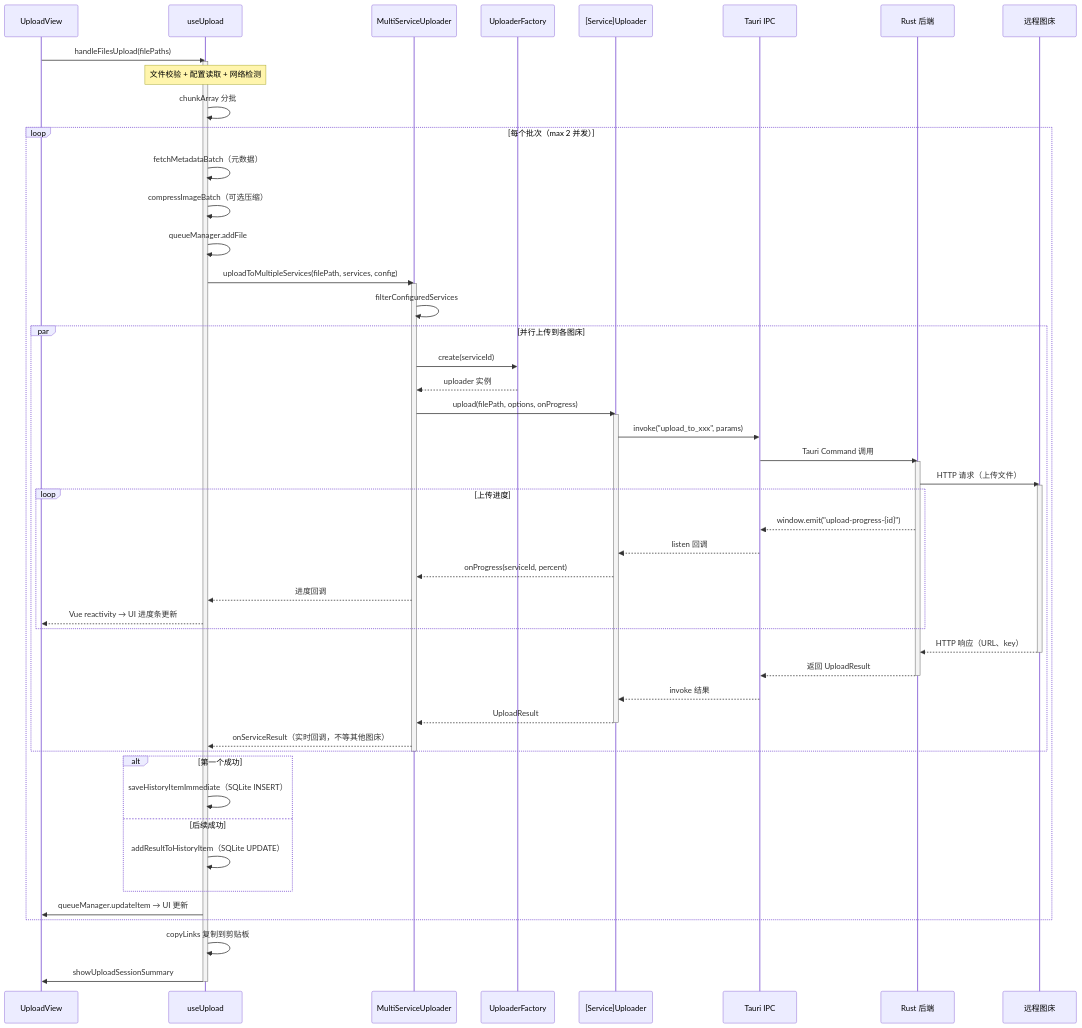
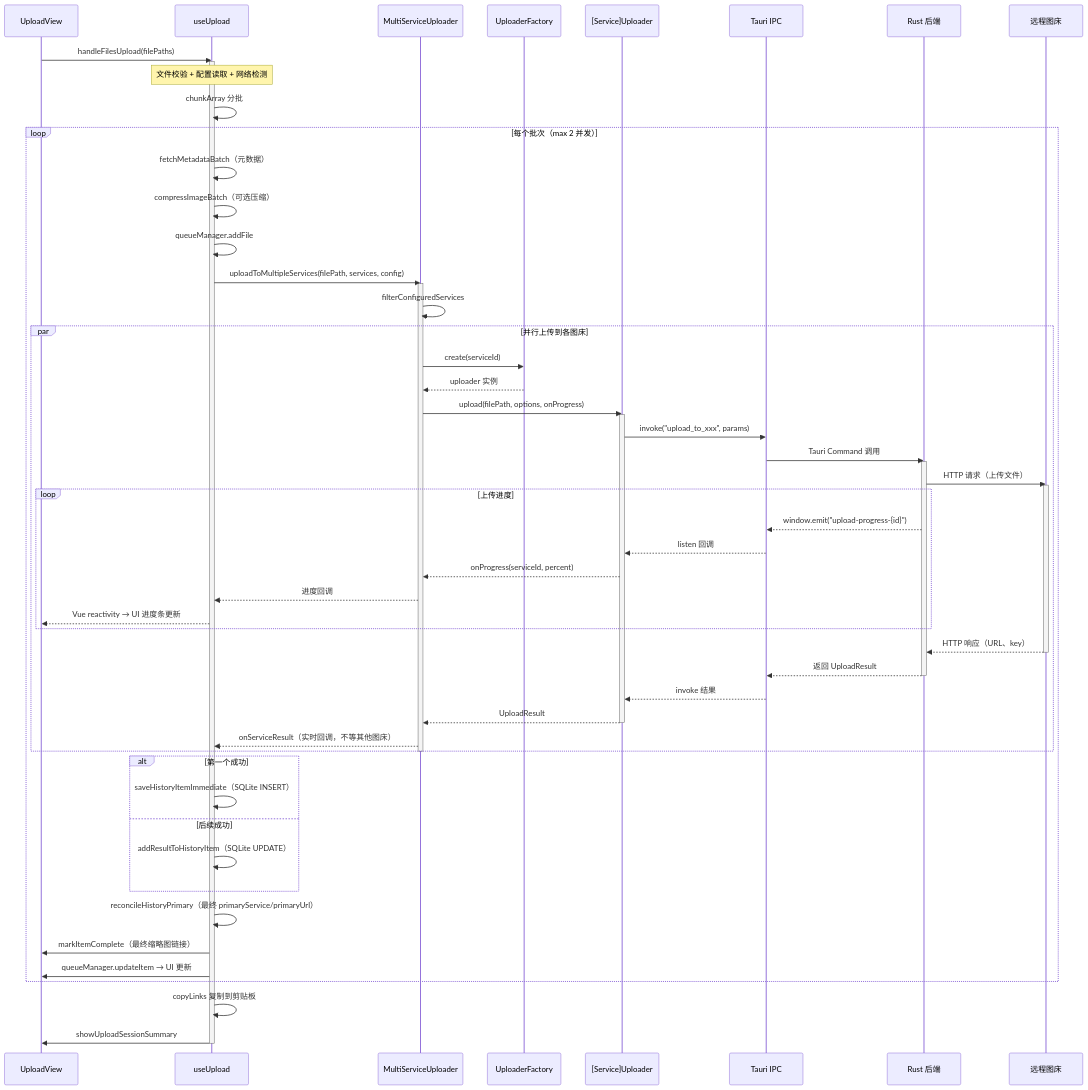
Before and after one commit to joeyliu6/PicNexus: the second of 2 diagrams in docs/flows/upload-flow.md, drawn with Mermaid. The commit also changed other lines of this file and 4 other files, not shown here.

Commit message:
docs(flows): document audit hardening behavior

````diff
--- a/docs/flows/upload-flow.md
+++ b/docs/flows/upload-flow.md
@@ -115,74 +119,77 @@
 ```mermaid
 sequenceDiagram
     participant UV as UploadView
     participant UU as useUpload
     participant MSU as MultiServiceUploader
     participant UF as UploaderFactory
     participant UP as [Service]Uploader
     participant IPC as Tauri IPC
     participant RS as Rust 后端
     participant RM as 远程图床
 
     UV->>UU: handleFilesUpload(filePaths)
     activate UU
 
     Note over UU: 文件校验 + 配置读取 + 网络检测
     UU->>UU: chunkArray 分批
 
     loop 每个批次（max 2 并发）
         UU->>UU: fetchMetadataBatch（元数据）
         UU->>UU: compressImageBatch（可选压缩）
         UU->>UU: queueManager.addFile
 
         UU->>MSU: uploadToMultipleServices(filePath, services, config)
         activate MSU
 
         MSU->>MSU: filterConfiguredServices
 
         par 并行上传到各图床
             MSU->>UF: create(serviceId)
             UF-->>MSU: uploader 实例
             MSU->>UP: upload(filePath, options, onProgress)
             activate UP
 
             UP->>IPC: invoke("upload_to_xxx", params)
             IPC->>RS: Tauri Command 调用
             activate RS
 
             RS->>RM: HTTP 请求（上传文件）
             activate RM
 
             loop 上传进度
                 RS-->>IPC: window.emit("upload-progress-{id}")
                 IPC-->>UP: listen 回调
                 UP-->>MSU: onProgress(serviceId, percent)
                 MSU-->>UU: 进度回调
                 UU-->>UV: Vue reactivity → UI 进度条更新
             end
 
             RM-->>RS: HTTP 响应（URL、key）
             deactivate RM
             RS-->>IPC: 返回 UploadResult
             deactivate RS
             IPC-->>UP: invoke 结果
             UP-->>MSU: UploadResult
             deactivate UP
 
             MSU-->>UU: onServiceResult（实时回调，不等其他图床）
         end
 
         deactivate MSU
 
         alt 第一个成功
             UU->>UU: saveHistoryItemImmediate（SQLite INSERT）
         else 后续成功
             UU->>UU: addResultToHistoryItem（SQLite UPDATE）
         end
 
+        UU->>UU: reconcileHistoryPrimary（最终 primaryService/primaryUrl）
+        UU->>UV: markItemComplete（最终缩略图链接）
+
         UU->>UV: queueManager.updateItem → UI 更新
     end
 
     UU->>UU: copyLinks 复制到剪贴板
     UU->>UV: showUploadSessionSummary
     deactivate UU
 ```
````
